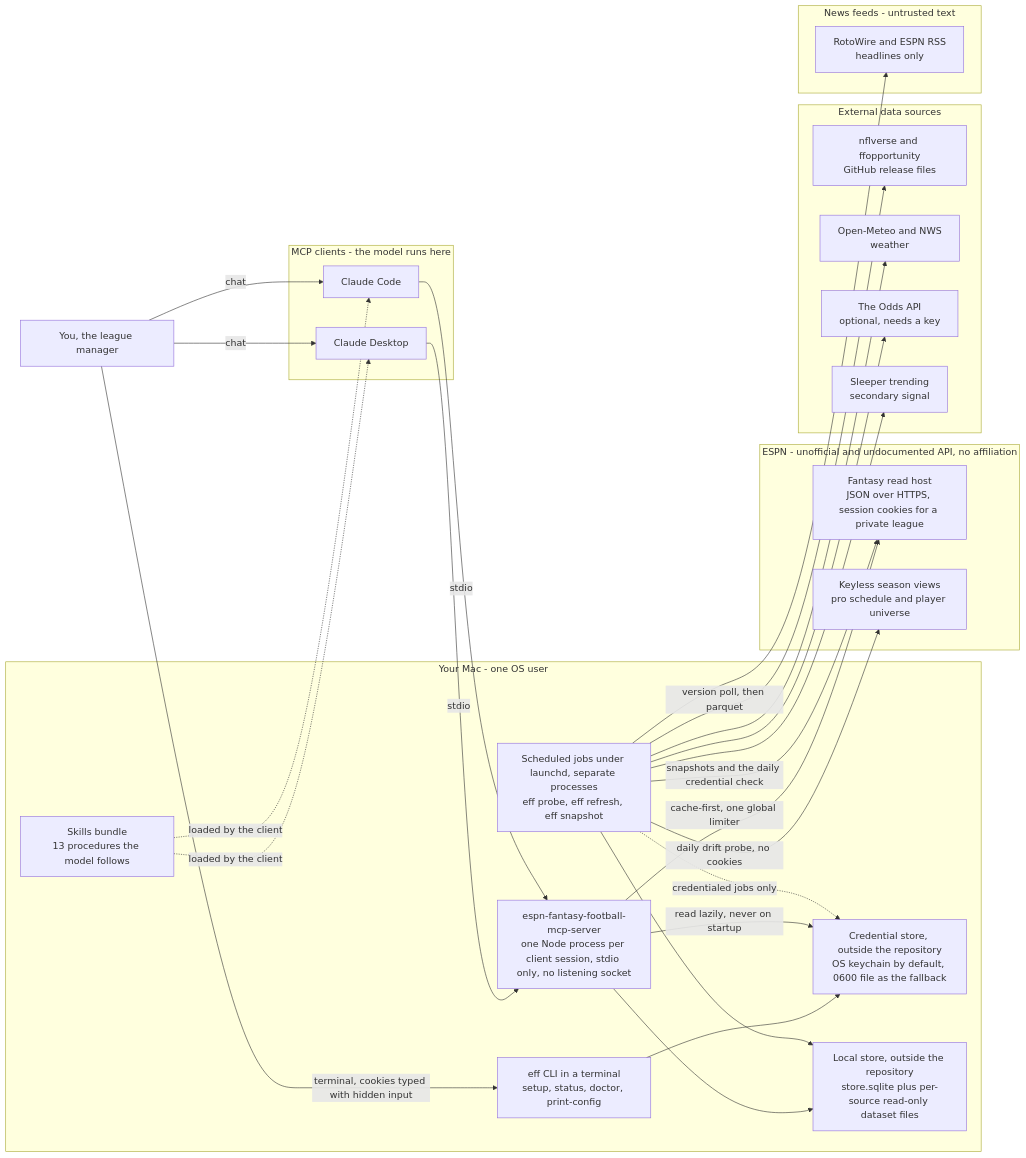
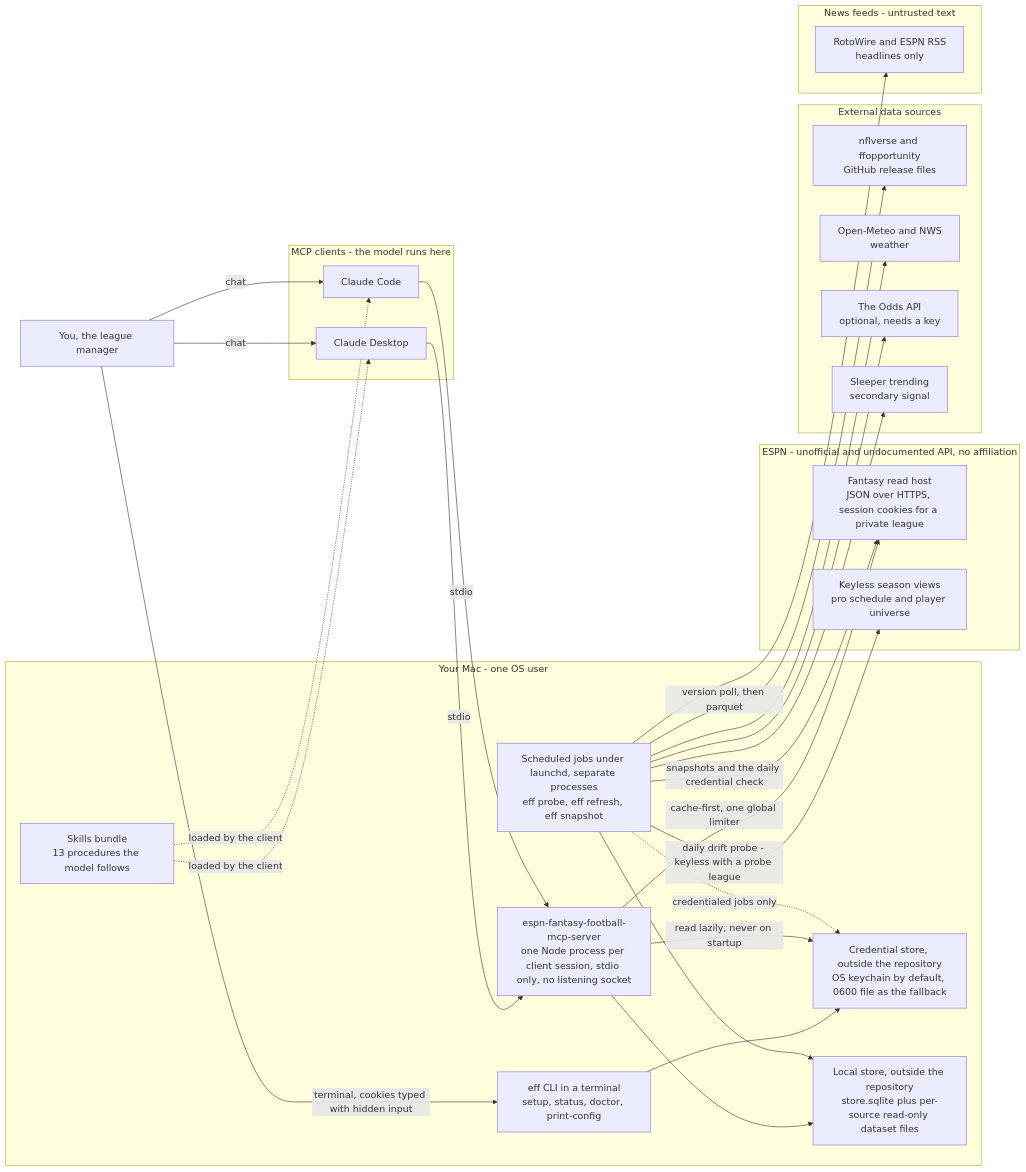
One commit to ChadPapineau/espn-fantasy-football-mcp changed the first of 8 diagrams in README.md. Above: the diagram before and after it, drawn with Mermaid. The commit also changed other lines of this file and 9 other files, not shown here.

````diff
--- a/README.md
+++ b/README.md
@@ -218,50 +218,50 @@
 ```mermaid
 %% 1. System context - who talks to whom, and where data and secrets live
 flowchart LR
   USER["You, the league manager"]
   subgraph CLIENTS["MCP clients - the model runs here"]
     CD["Claude Desktop"]
     CC["Claude Code"]
   end
   subgraph LOCAL["Your Mac - one OS user"]
     SKILLS["Skills bundle<br/>13 procedures the model follows"]
     SRV["espn-fantasy-football-mcp-server<br/>one Node process per client session, stdio only, no listening socket"]
     CLI["eff CLI in a terminal<br/>setup, status, doctor, print-config"]
     CRED["Credential store, outside the repository<br/>OS keychain by default, 0600 file as the fallback"]
     STORE["Local store, outside the repository<br/>store.sqlite plus per-source read-only dataset files"]
     JOBS["Scheduled jobs under launchd, separate processes<br/>eff probe, eff refresh, eff snapshot"]
   end
   subgraph ESPNX["ESPN - unofficial and undocumented API, no affiliation"]
     ESPNR["Fantasy read host<br/>JSON over HTTPS, session cookies for a private league"]
     ESPNS["Keyless season views<br/>pro schedule and player universe"]
   end
   subgraph DATA["External data sources"]
     NFLV["nflverse and ffopportunity<br/>GitHub release files"]
     WX["Open-Meteo and NWS<br/>weather"]
     ODDS["The Odds API<br/>optional, needs a key"]
     SLP["Sleeper trending<br/>secondary signal"]
   end
   subgraph FEEDS["News feeds - untrusted text"]
     RSS["RotoWire and ESPN RSS<br/>headlines only"]
   end
   USER -- "chat" --> CD
   USER -- "chat" --> CC
   USER -- "terminal, cookies typed with hidden input" --> CLI
   SKILLS -. "loaded by the client" .-> CD
   SKILLS -. "loaded by the client" .-> CC
   CD -- "stdio" --> SRV
   CC -- "stdio" --> SRV
   CLI --> CRED
   SRV -- "read lazily, never on startup" --> CRED
   JOBS -. "credentialed jobs only" .-> CRED
   SRV --> STORE
   JOBS --> STORE
   SRV -- "cache-first, one global limiter" --> ESPNR
   JOBS -- "snapshots and the daily credential check" --> ESPNR
-  JOBS -- "daily drift probe, no cookies" --> ESPNS
+  JOBS -- "daily drift probe - keyless with a probe league" --> ESPNS
   JOBS -- "version poll, then parquet" --> NFLV
   JOBS --> WX
   JOBS --> ODDS
   JOBS --> SLP
   JOBS --> RSS
 ```
````
